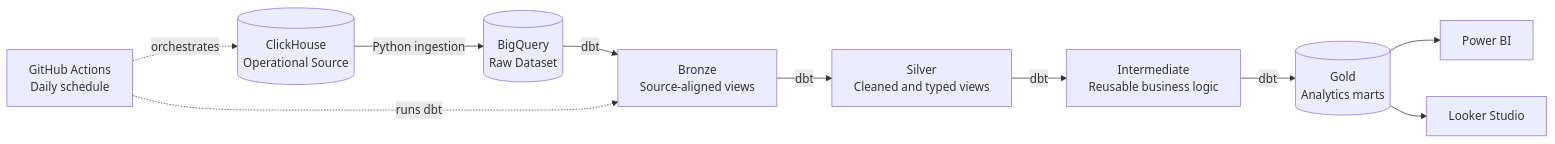
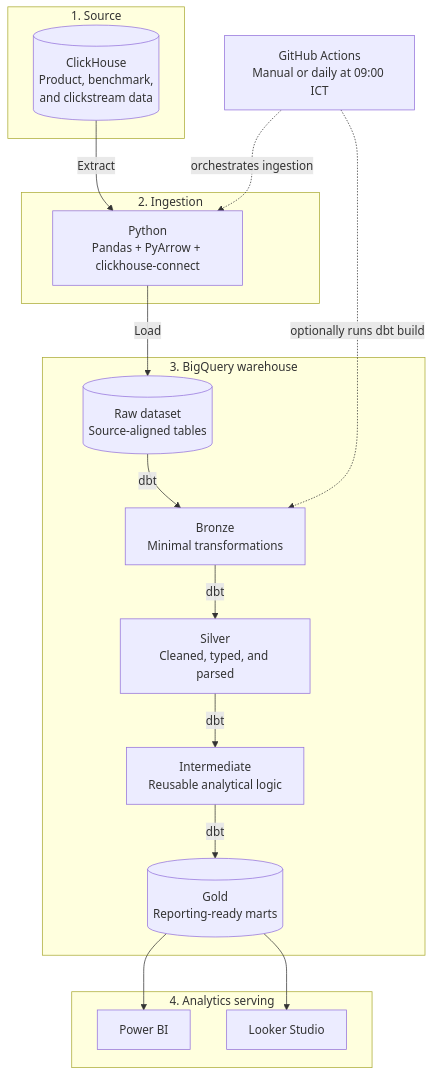
Before and after one commit to tduong-p/laplaptech-analysis: the diagram in README.md, drawn with Mermaid.

````diff
--- a/README.md
+++ b/README.md
@@ -60,12 +60,37 @@
 ```mermaid
-flowchart LR
-    A[(ClickHouse<br/>Operational Source)] -->|Python ingestion| B[(BigQuery<br/>Raw Dataset)]
-    B -->|dbt| C[Bronze<br/>Source-aligned views]
-    C -->|dbt| D[Silver<br/>Cleaned and typed views]
-    D -->|dbt| E[Intermediate<br/>Reusable business logic]
-    E -->|dbt| F[(Gold<br/>Analytics marts)]
-    G[GitHub Actions<br/>Daily schedule] -. orchestrates .-> A
-    G -. runs dbt .-> C
-    F --> H[Power BI]
-    F --> I[Looker Studio]
+flowchart TB
+    subgraph SOURCE["1. Source"]
+        CH[("ClickHouse<br/>Product, benchmark,<br/>and clickstream data")]
+    end
+
+    subgraph INGESTION["2. Ingestion"]
+        PY["Python<br/>Pandas + PyArrow + clickhouse-connect"]
+    end
+
+    subgraph WAREHOUSE["3. BigQuery warehouse"]
+        RAW[("Raw dataset<br/>Source-aligned tables")]
+        BRONZE["Bronze<br/>Minimal transformations"]
+        SILVER["Silver<br/>Cleaned, typed, and parsed"]
+        INT["Intermediate<br/>Reusable analytical logic"]
+        GOLD[("Gold<br/>Reporting-ready marts")]
+
+        RAW -->|dbt| BRONZE
+        BRONZE -->|dbt| SILVER
+        SILVER -->|dbt| INT
+        INT -->|dbt| GOLD
+    end
+
+    subgraph SERVING["4. Analytics serving"]
+        PBI["Power BI"]
+        LOOKER["Looker Studio"]
+    end
+
+    ACTIONS["GitHub Actions<br/>Manual or daily at 09:00 ICT"]
+
+    CH -->|Extract| PY
+    PY -->|Load| RAW
+    GOLD --> PBI
+    GOLD --> LOOKER
+    ACTIONS -. orchestrates ingestion .-> PY
+    ACTIONS -. optionally runs dbt build .-> BRONZE
 ```
````
